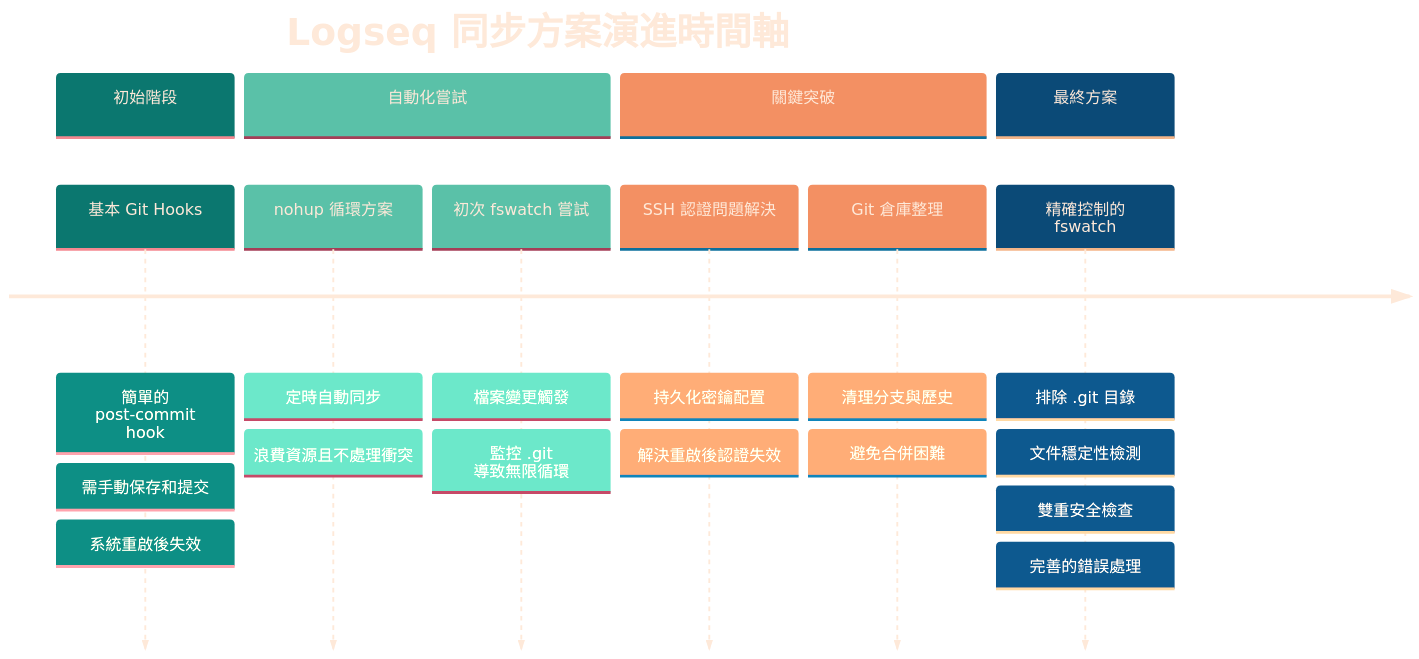
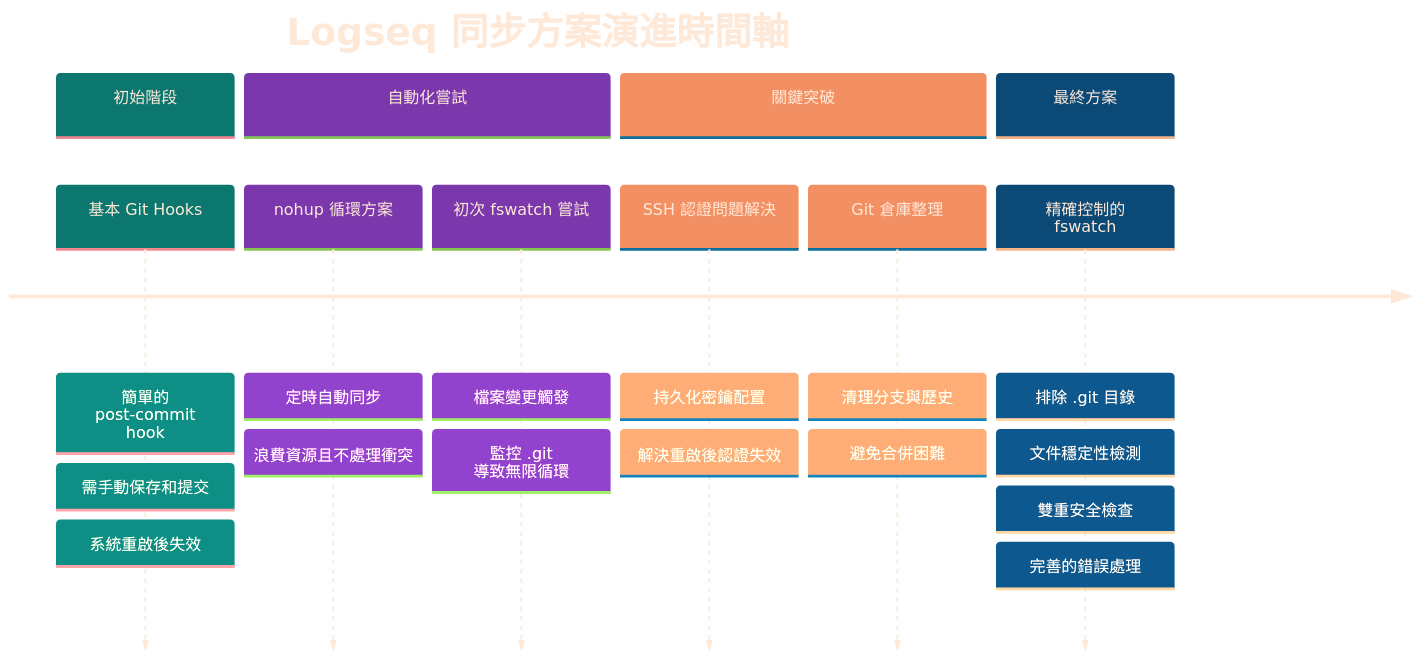
Before and after one commit to GengGeng026/Sync-Logseq: the first of 2 diagrams in Logseq同步方案演進記錄.md, drawn with Mermaid.

Commit message:
Auto-sync: Wed Mar 26 09:59:32 +08 2025

````diff
--- a/Logseq同步方案演進記錄.md
+++ b/Logseq同步方案演進記錄.md
@@ -24,38 +24,38 @@
 ```mermaid
 %%{init: {
   'theme': 'base', 
   'themeVariables': {
     'primaryTextColor': '#FEE9D9',
     'primaryColor': '#19E9D9',
-    'secondaryColor': '#B7E4D9',
+    'secondaryColor': '#B78BD9',
     'tertiaryColor': '#FCE4D9',
     'primaryBorderColor': '#A9D9D9',
     'background': 'transparent',
     'clusterBkg': 'transparent',
     'fontFamily': 'default',
     'fontSize': '17px',
     'fontWeight': 'normal'
   }
 }}%%
 timeline
     title Logseq 同步方案演進時間軸
     section 初始階段
         基本 Git Hooks : 簡單的 post-commit hook
         : 需手動保存和提交
         : 系統重啟後失效
     section 自動化嘗試
         nohup 循環方案 : 定時自動同步
         : 浪費資源且不處理衝突
         初次 fswatch 嘗試 : 檔案變更觸發
         : 監控 .git 導致無限循環
     section 關鍵突破
         SSH 認證問題解決 : 持久化密鑰配置
         : 解決重啟後認證失效
         Git 倉庫整理 : 清理分支與歷史
         : 避免合併困難
     section 最終方案
         精確控制的 fswatch : 排除 .git 目錄
         : 文件穩定性檢測
         : 雙重安全檢查
         : 完善的錯誤處理
 ```
````
